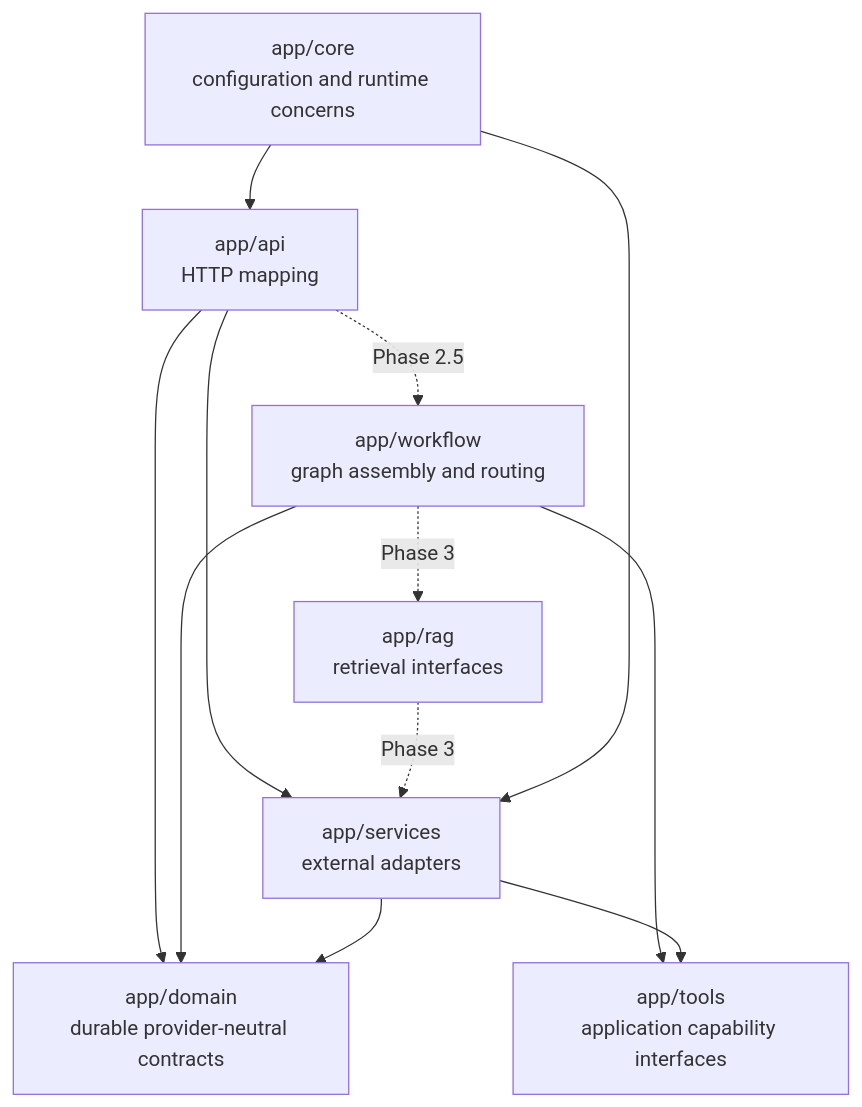
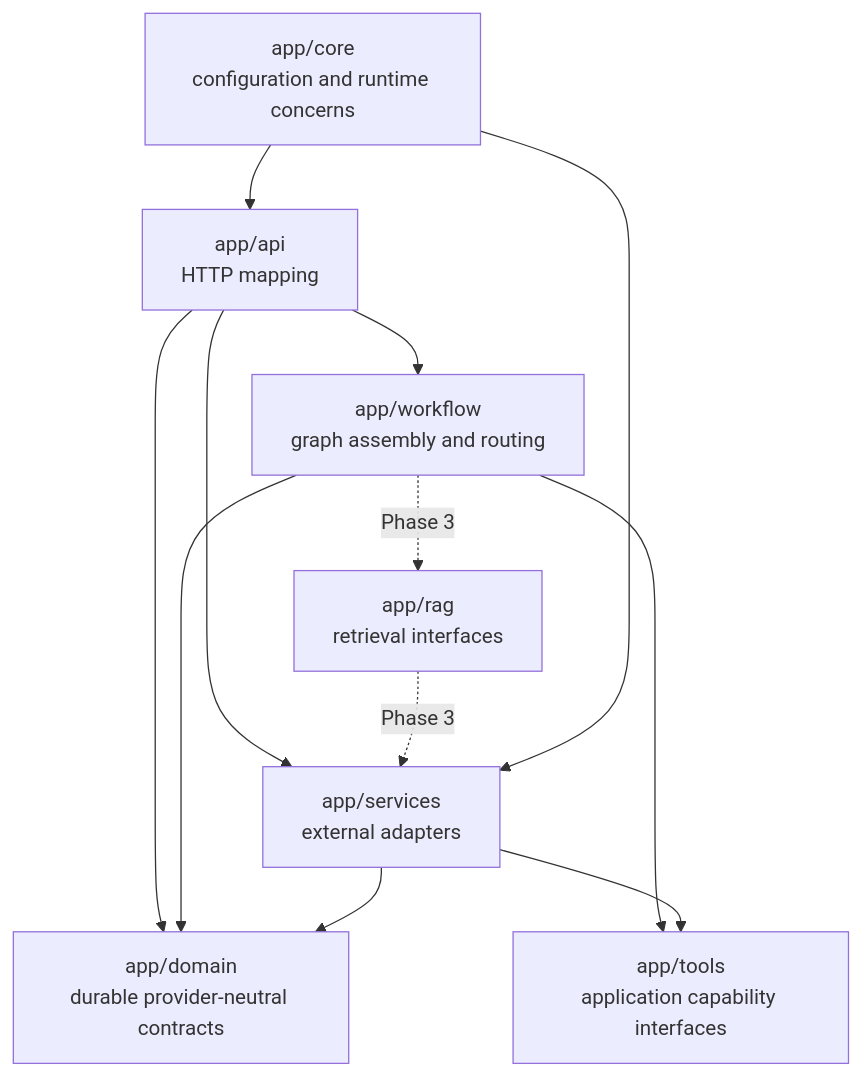
One commit to sanket-nawghare/langchain-poc changed the second of 5 diagrams in docs/ARCHITECTURE.md. Above: the diagram before and after it, drawn with Mermaid. The commit also changed other lines of this file and 23 other files, not shown here.

````diff
--- a/docs/ARCHITECTURE.md
+++ b/docs/ARCHITECTURE.md
@@ -44,22 +50,22 @@
 ```mermaid
 flowchart TD
     API["app/api<br/>HTTP mapping"]
     Workflow["app/workflow<br/>graph assembly and routing"]
     Tools["app/tools<br/>application capability interfaces"]
     RAG["app/rag<br/>retrieval interfaces"]
     Services["app/services<br/>external adapters"]
     Core["app/core<br/>configuration and runtime concerns"]
     Domain["app/domain<br/>durable provider-neutral contracts"]
 
     API --> Domain
-    API -. "Phase 2.5" .-> Workflow
+    API --> Workflow
     Workflow --> Tools
     Workflow -. "Phase 3" .-> RAG
     Workflow --> Domain
     API --> Services
     Services --> Tools
     RAG -. "Phase 3" .-> Services
     Services --> Domain
     Core --> API
     Core --> Services
 ```
````
